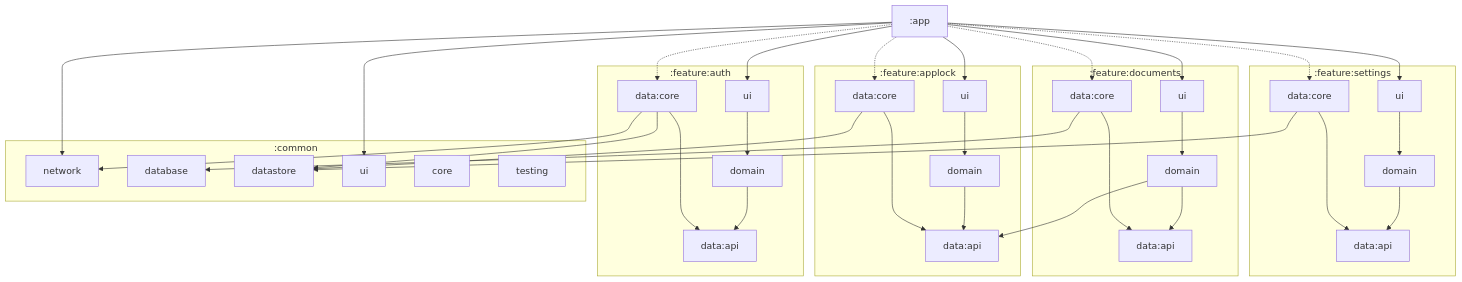
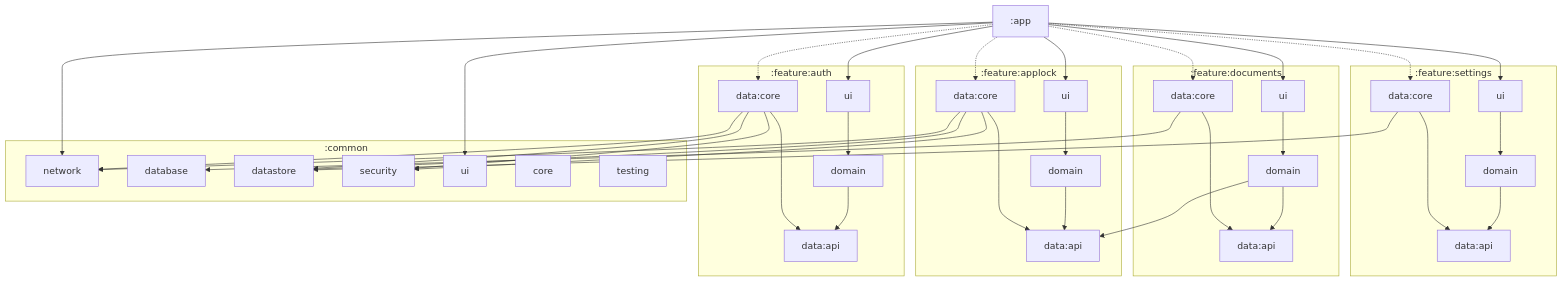
One commit to kristiankosharov/Vigil changed the diagram in README.md. Above: the diagram before and after it, drawn with Mermaid. The commit also changed other lines of this file and 66 other files, not shown here.

````diff
--- a/README.md
+++ b/README.md
@@ -207,42 +208,43 @@
 ```mermaid
 flowchart TD
     app[":app"]
 
     subgraph auth [":feature:auth"]
         authUi["ui"] --> authDomain["domain"] --> authApi["data:api"]
         authCore["data:core"] --> authApi
     end
 
     subgraph applock [":feature:applock"]
         applockUi["ui"] --> applockDomain["domain"] --> applockApi["data:api"]
         applockCore["data:core"] --> applockApi
     end
 
     subgraph documents [":feature:documents"]
         documentsUi["ui"] --> documentsDomain["domain"] --> documentsApi["data:api"]
         documentsCore["data:core"] --> documentsApi
     end
 
     subgraph settings [":feature:settings"]
         settingsUi["ui"] --> settingsDomain["domain"] --> settingsApi["data:api"]
         settingsCore["data:core"] --> settingsApi
     end
 
     subgraph common [":common"]
         network["network"]
         database["database"]
         datastore["datastore"]
+        security["security"]
         commonUi["ui"]
         core["core"]
         testing["testing"]
     end
 
     app --> authUi & applockUi & documentsUi & settingsUi
     app -.-> authCore & applockCore & documentsCore & settingsCore
     app --> commonUi & network
-    authCore --> network & datastore
-    applockCore --> datastore
+    authCore --> network & datastore & security
+    applockCore --> network & datastore & security
     documentsCore --> database
     documentsDomain --> applockApi
     settingsCore --> datastore
 ```
````
